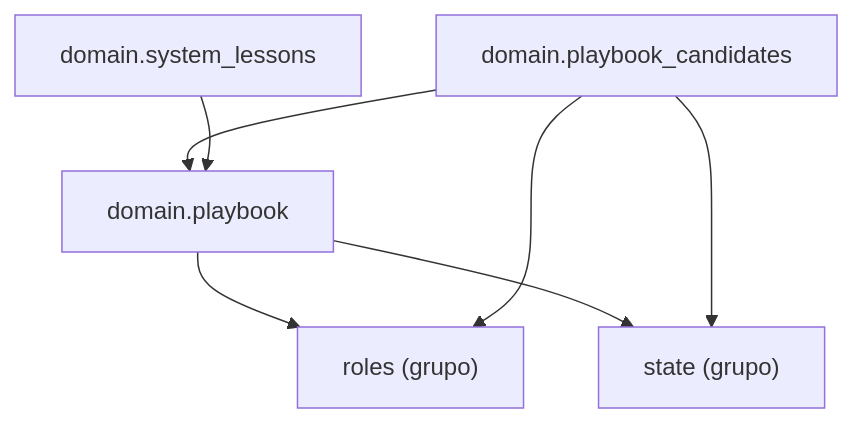
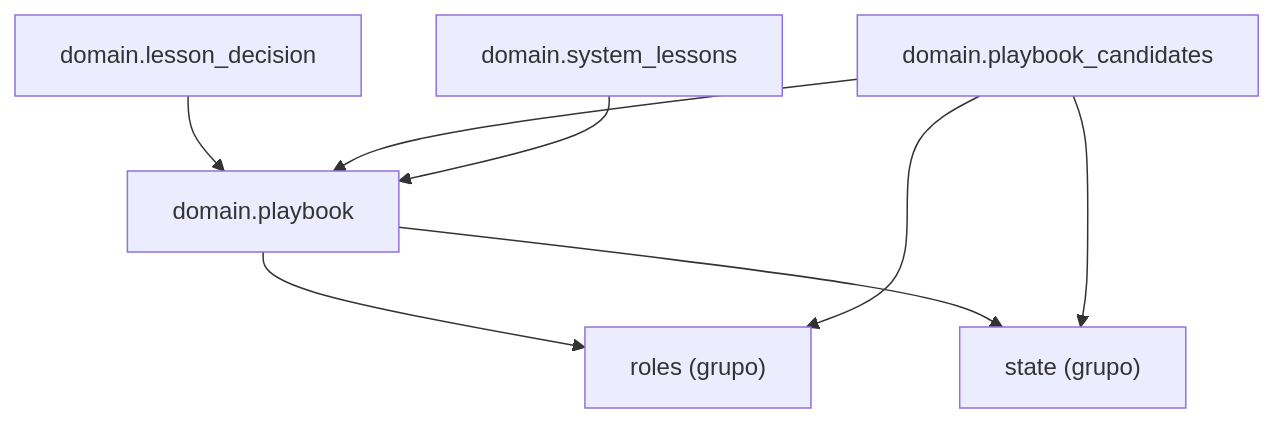
The diagram in docs/architecture/generated/packages-process-domain-playbook.md (GonzaloZevallos/agentic-system), drawn with Mermaid before and after one commit. The commit also changed 22 other files, not shown here.

Commit message:
Place the lesson decision module in the docs clusters and regenerate the architecture pages

````diff
--- a/docs/architecture/generated/packages-process-domain-playbook.md
+++ b/docs/architecture/generated/packages-process-domain-playbook.md
@@ -12,14 +12,16 @@
 ```mermaid
 graph TD
     g_domain__roles["roles (grupo)"]
     g_domain__state["state (grupo)"]
+    m_domain__lesson_decision["domain.lesson_decision"]
     m_domain__playbook["domain.playbook"]
     m_domain__playbook_candidates["domain.playbook_candidates"]
     m_domain__system_lessons["domain.system_lessons"]
+    m_domain__lesson_decision --> m_domain__playbook
     m_domain__playbook --> g_domain__roles
     m_domain__playbook --> g_domain__state
     m_domain__playbook_candidates --> g_domain__roles
     m_domain__playbook_candidates --> g_domain__state
     m_domain__playbook_candidates --> m_domain__playbook
     m_domain__system_lessons --> m_domain__playbook
 ```
````
